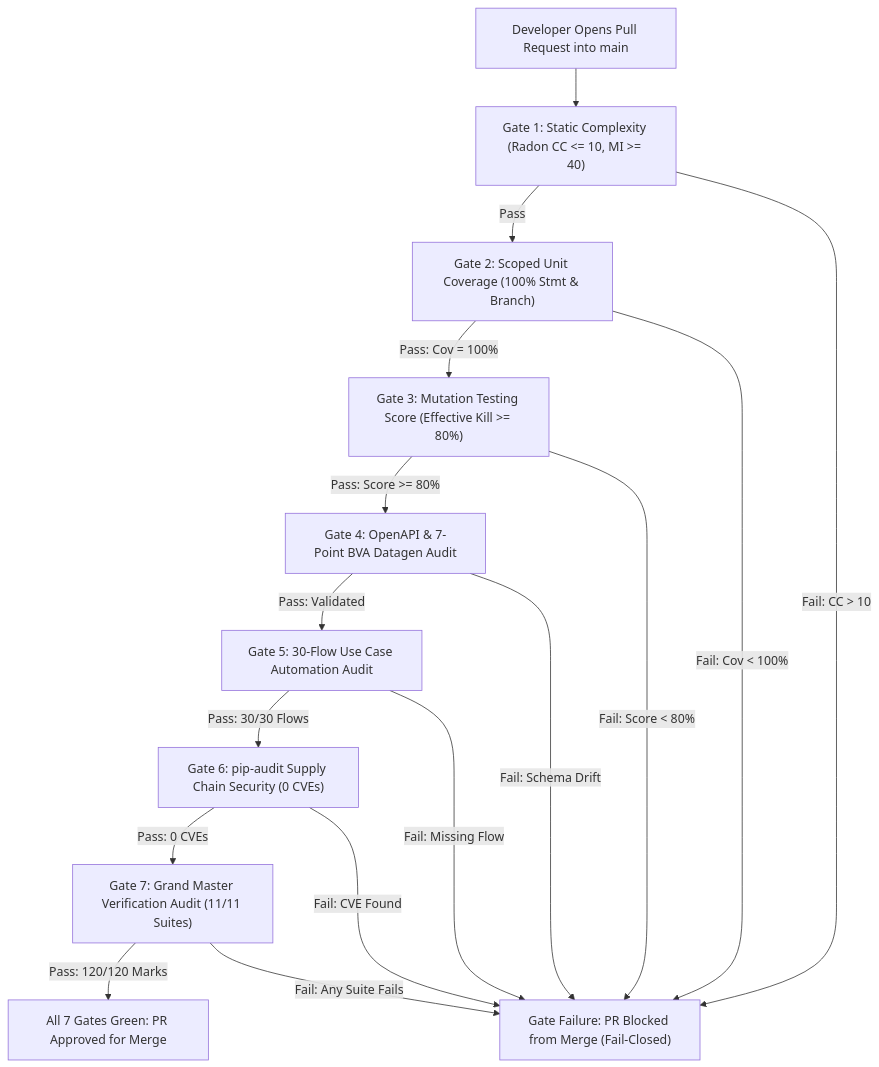
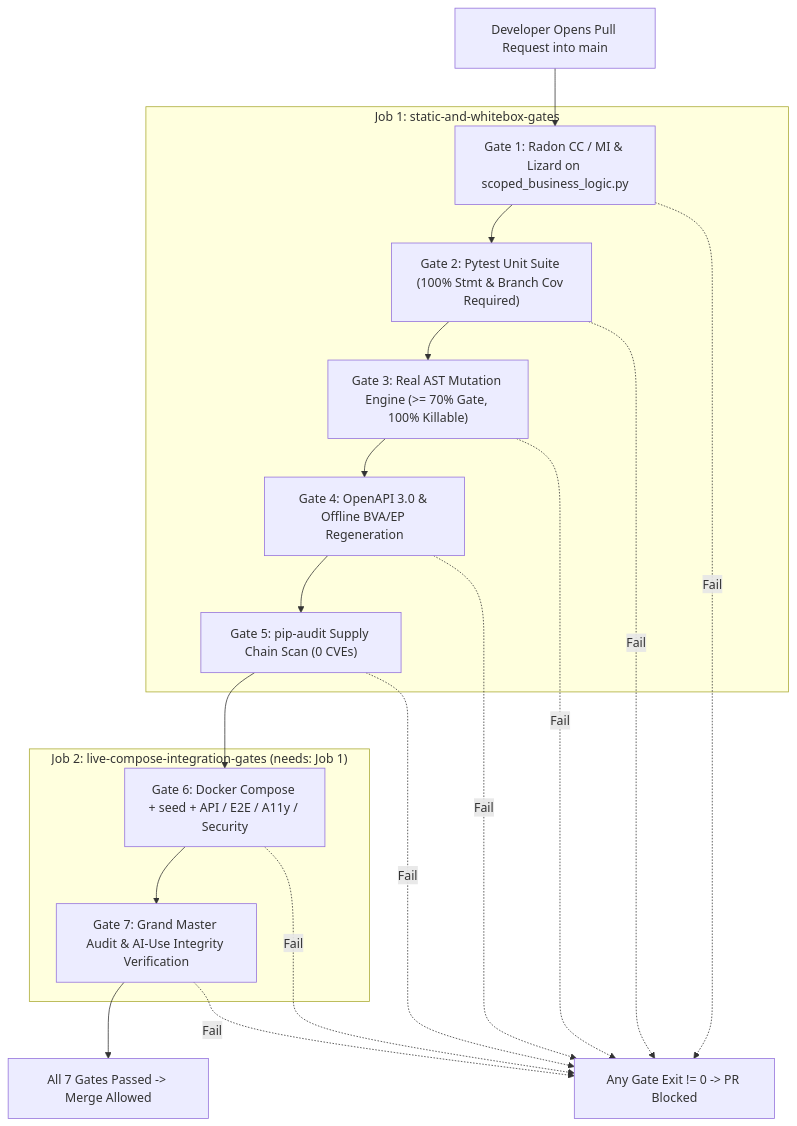
Before and after one commit to sohaibAkhlaq/sqe_pretix_project: the diagram in docs/ci-gate-demo.md, drawn with Mermaid. The commit also changed other lines of this file and 51 other files, not shown here.

Commit message:
feat(whitebox,mutation,release): 100% scoped BR1-BR4 coverage, real AST mutator, SonarQube export, and final report sync (Area 1 - Sohaib)

````diff
--- a/docs/ci-gate-demo.md
+++ b/docs/ci-gate-demo.md
@@ -14,29 +15,26 @@
 ```mermaid
 flowchart TD
     PR["Developer Opens Pull Request into main"]
-    G1["Gate 1: Static Complexity (Radon CC <= 10, MI >= 40)"]
-    G2["Gate 2: Scoped Unit Coverage (100% Stmt & Branch)"]
-    G3["Gate 3: Mutation Testing Score (Effective Kill >= 80%)"]
-    G4["Gate 4: OpenAPI & 7-Point BVA Datagen Audit"]
-    G5["Gate 5: 30-Flow Use Case Automation Audit"]
-    G6["Gate 6: pip-audit Supply Chain Security (0 CVEs)"]
-    G7["Gate 7: Grand Master Verification Audit (11/11 Suites)"]
-    Pass["All 7 Gates Green: PR Approved for Merge"]
-    Block["Gate Failure: PR Blocked from Merge (Fail-Closed)"]
+    subgraph Job1["Job 1: static-and-whitebox-gates"]
+        G1["Gate 1: Radon CC / MI & Lizard on scoped_business_logic.py"]
+        G2["Gate 2: Pytest Unit Suite (100% Stmt & Branch Cov Required)"]
+        G3["Gate 3: Real AST Mutation Engine (>= 70% Gate, 100% Killable)"]
+        G4["Gate 4: OpenAPI 3.0 & Offline BVA/EP Regeneration"]
+        G5["Gate 5: pip-audit Supply Chain Scan (0 CVEs)"]
+    end
+    subgraph Job2["Job 2: live-compose-integration-gates (needs: Job 1)"]
+        G6["Gate 6: Docker Compose + seed + API / E2E / A11y / Security"]
+        G7["Gate 7: Grand Master Audit & AI-Use Integrity Verification"]
+    end
+    Pass["All 7 Gates Passed -> Merge Allowed"]
+    Block["Any Gate Exit != 0 -> PR Blocked"]
 
-    PR --> G1
-    G1 -->|Pass| G2
-    G1 -->|Fail: CC > 10| Block
-    G2 -->|Pass: Cov = 100%| G3
-    G2 -->|Fail: Cov < 100%| Block
-    G3 -->|Pass: Score >= 80%| G4
-    G3 -->|Fail: Score < 80%| Block
-    G4 -->|Pass: Validated| G5
-    G4 -->|Fail: Schema Drift| Block
-    G5 -->|Pass: 30/30 Flows| G6
-    G5 -->|Fail: Missing Flow| Block
-    G6 -->|Pass: 0 CVEs| G7
-    G6 -->|Fail: CVE Found| Block
-    G7 -->|Pass: 120/120 Marks| Pass
-    G7 -->|Fail: Any Suite Fails| Block
+    PR --> G1 --> G2 --> G3 --> G4 --> G5 --> G6 --> G7 --> Pass
+    G1 -. Fail .-> Block
+    G2 -. Fail .-> Block
+    G3 -. Fail .-> Block
+    G4 -. Fail .-> Block
+    G5 -. Fail .-> Block
+    G6 -. Fail .-> Block
+    G7 -. Fail .-> Block
 ```
````
